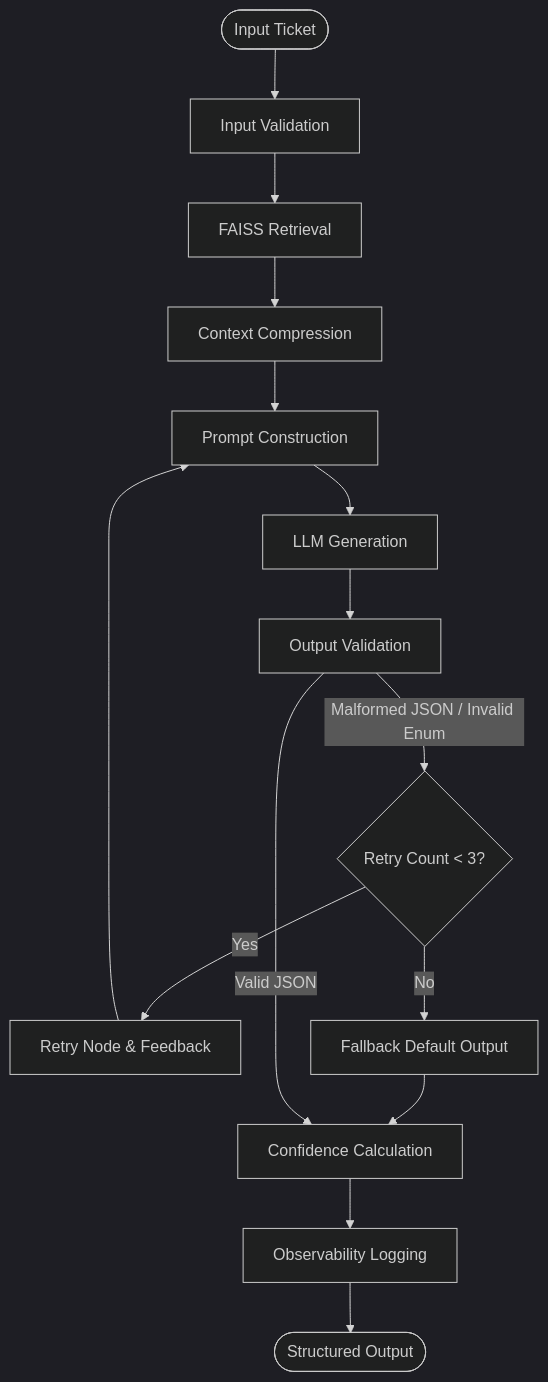
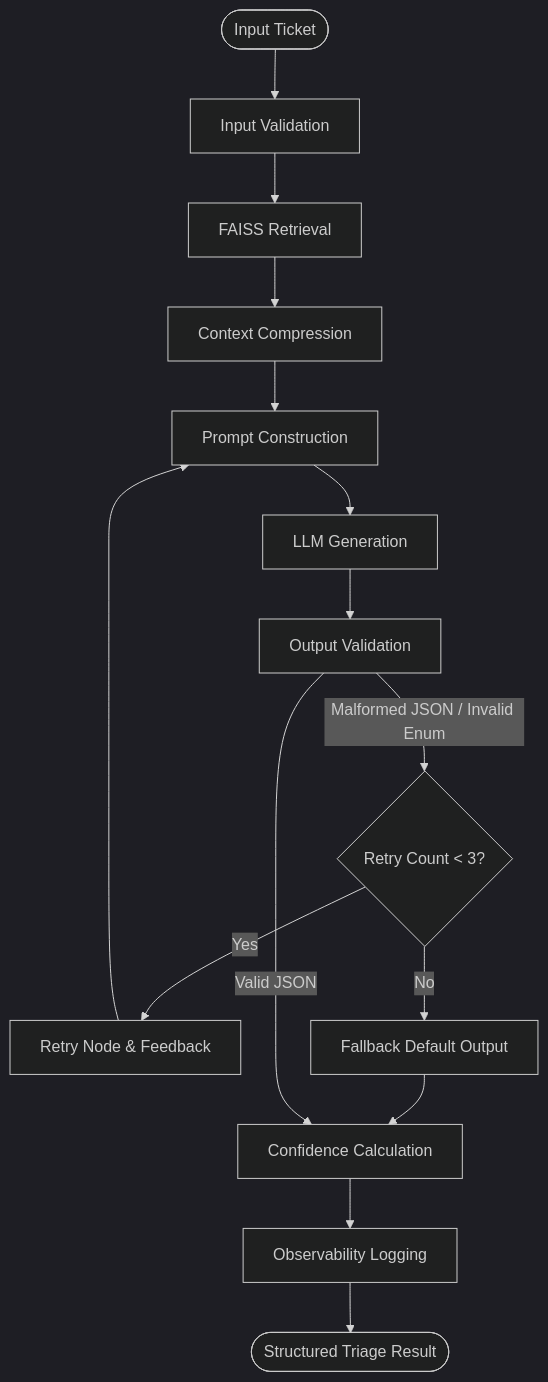
Before and after one commit to ashwin8332/TAM-Agent: the third of 4 diagrams in README.md, drawn with Mermaid (dark theme). The commit also changed other lines of this file, not shown here.

````diff
--- a/README.md
+++ b/README.md
@@ -68,19 +116,19 @@
 ```mermaid
 graph TD
     Start([Input Ticket]) --> Val[Input Validation]
     Val --> Ret[FAISS Retrieval]
     Ret --> Comp[Context Compression]
     Comp --> Prom[Prompt Construction]
     Prom --> LLM[LLM Generation]
     LLM --> OutVal[Output Validation]
     
     OutVal -- Malformed JSON / Invalid Enum --> Retry{Retry Count < 3?}
     Retry -- Yes --> RegNode[Retry Node & Feedback]
     RegNode --> Prom
     Retry -- No --> Fallback[Fallback Default Output]
     Fallback --> Conf[Confidence Calculation]
     
     OutVal -- Valid JSON --> Conf
     Conf --> Log[Observability Logging]
-    Log --> End([Structured Output])
+    Log --> End([Structured Triage Result])
 ```
````
